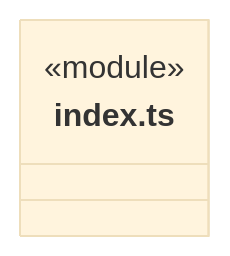
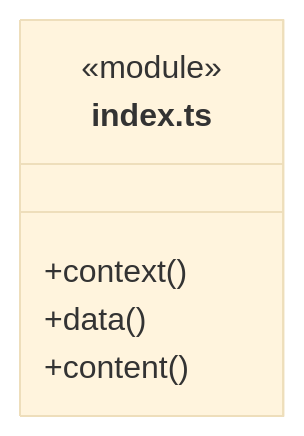
The first of 6 diagrams in src/logic/knowledge/rules/read-models/ARCHITECTURE.md (nan023062/cbim), drawn with Mermaid (base theme) before and after one commit. The commit also changed other lines of this file and 137 other files, not shown here.

Commit message:
fix: align architecture generator with documentation standards

````diff
--- a/src/logic/knowledge/rules/read-models/ARCHITECTURE.md
+++ b/src/logic/knowledge/rules/read-models/ARCHITECTURE.md
@@ -49,6 +51,9 @@
 ```mermaid
 classDiagram
 class N_src_logic_knowledge_rules_read_models_index_ts["index.ts"] {
   <<module>>
+  +context()
+  +data()
+  +content()
 }
 ```
````
